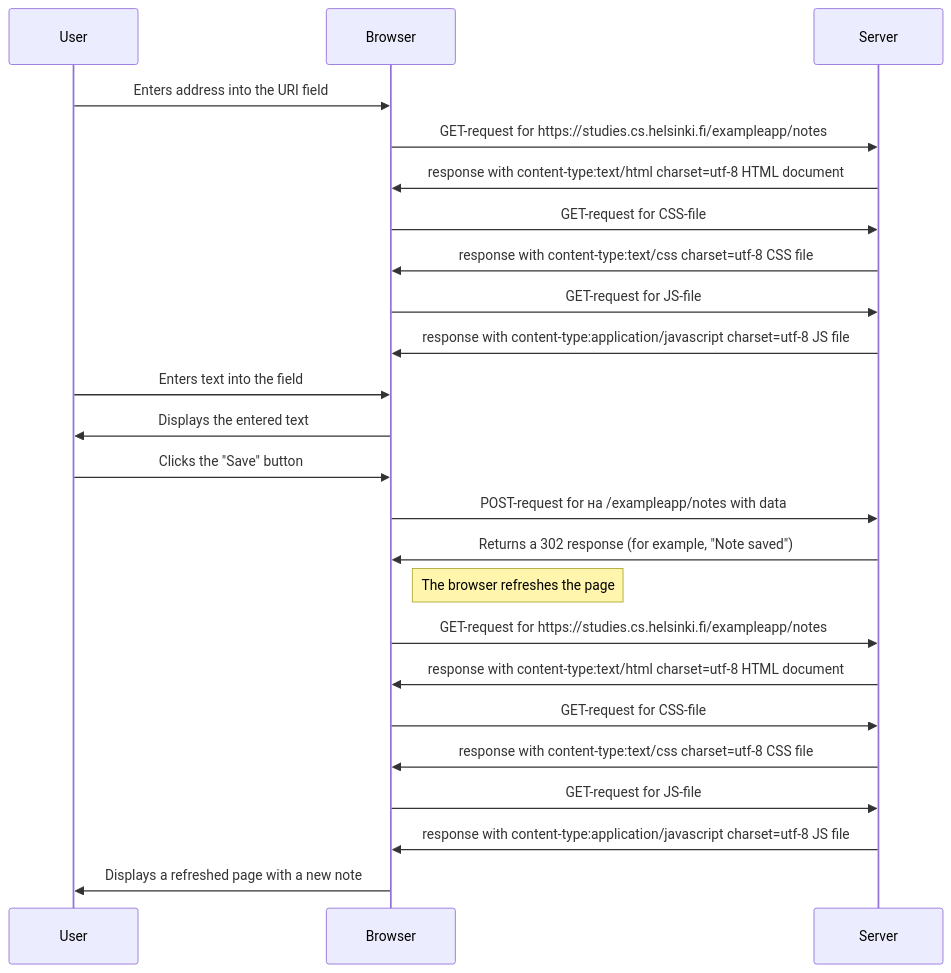
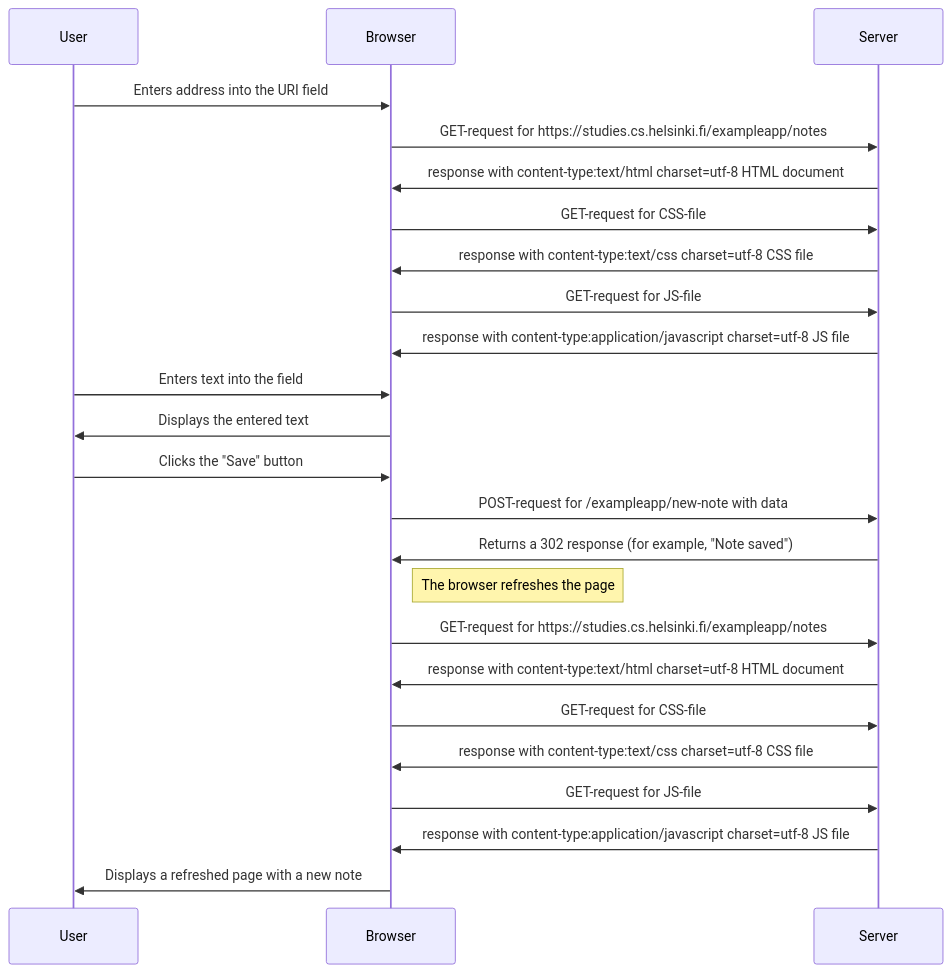
Before and after one commit to iFrodo/fullstackopen: the diagram in README.md, drawn with Mermaid.

````diff
--- a/README.md
+++ b/README.md
@@ -1,38 +1,38 @@
 ``` mermaid
 sequenceDiagram
     participant User
     participant Browser
     participant Server
 
     User->>Browser: Enters address into the URI field
 
     Browser->>Server: GET-request for https://studies.cs.helsinki.fi/exampleapp/notes
     Server->>Browser: response  with content-type:text/html charset=utf-8 HTML document 
 
     Browser->>Server: GET-request for CSS-file
     Server->>Browser: response with content-type:text/css charset=utf-8 CSS file
 
     Browser->>Server: GET-request for JS-file
     Server->>Browser: response with content-type:application/javascript charset=utf-8 JS file
 
     User->>Browser: Enters text into the field
     Browser->>User: Displays the entered text
 
     User->>Browser: Clicks the "Save" button
-    Browser->>Server: POST-request for на /exampleapp/notes with data
+    Browser->>Server: POST-request for  /exampleapp/new-note with data
     Server->>Browser: Returns a 302 response (for example, "Note saved")
 
     Note right of Browser: The browser refreshes the page
     Browser->>Server: GET-request for https://studies.cs.helsinki.fi/exampleapp/notes
     Server->>Browser: response  with content-type:text/html charset=utf-8 HTML document 
 
     Browser->>Server: GET-request for CSS-file
     Server->>Browser: response with content-type:text/css charset=utf-8 CSS file
 
     Browser->>Server: GET-request for JS-file
     Server->>Browser: response with content-type:application/javascript charset=utf-8 JS file
 
     Browser->>User: Displays a refreshed page with a new note
 
 
 ```
````
